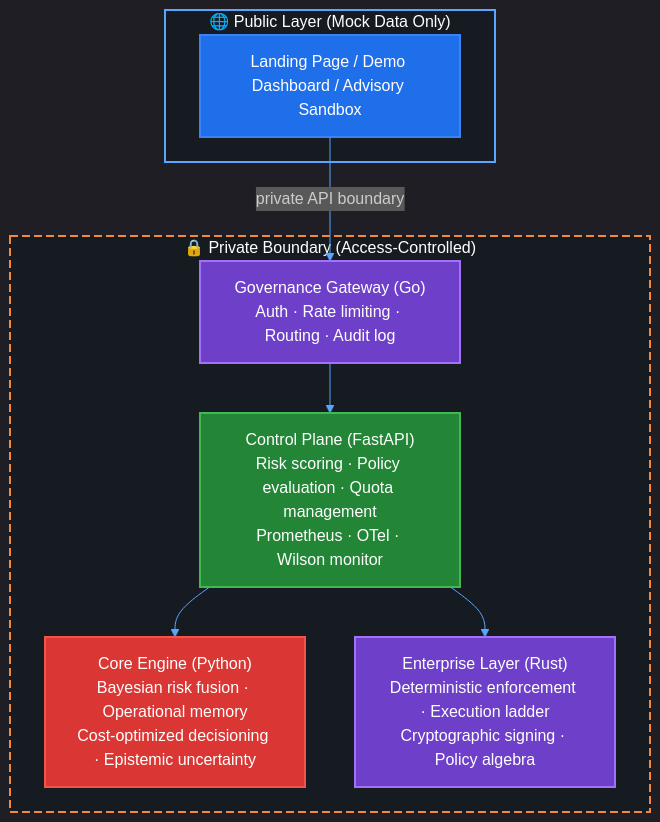
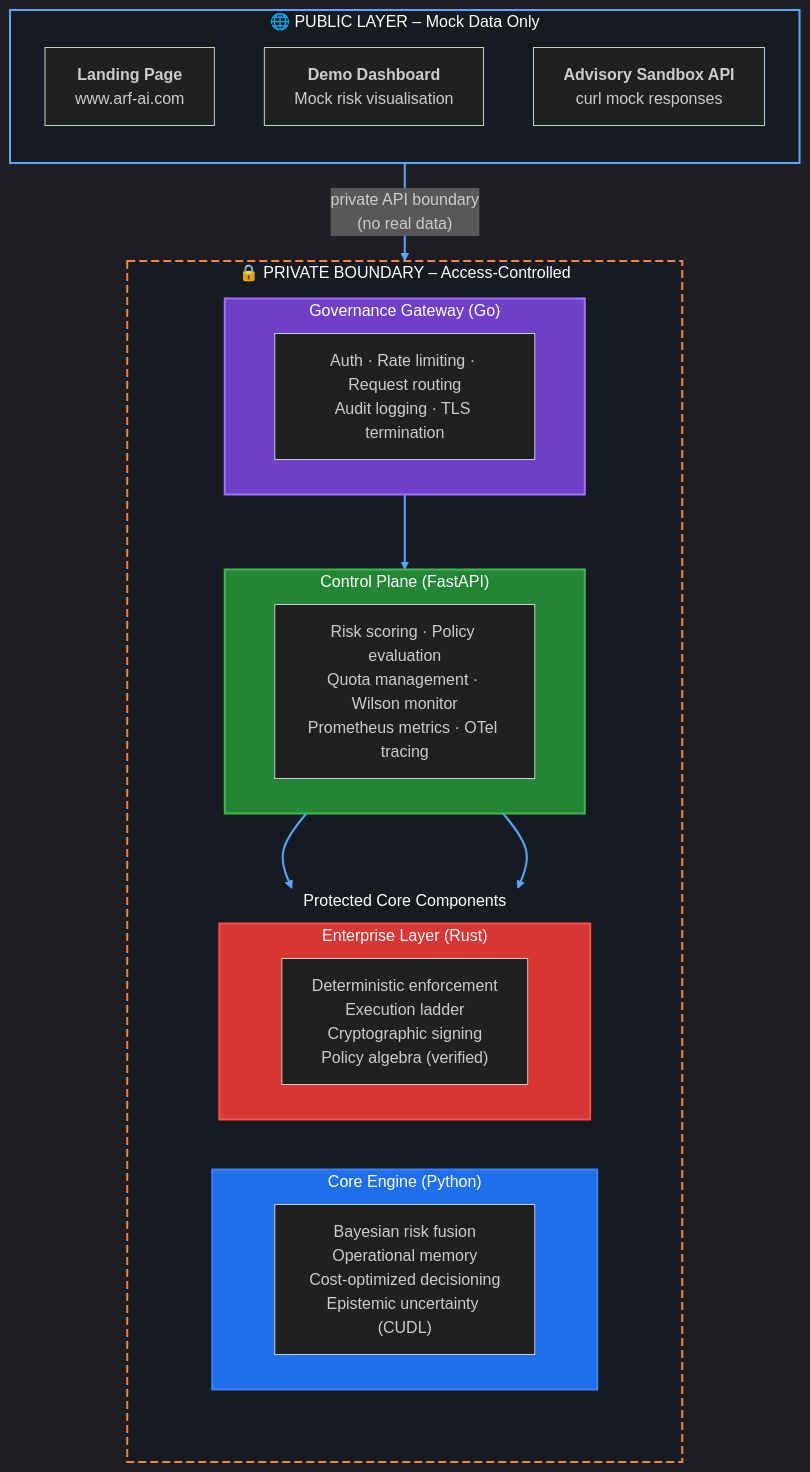
Before and after one commit to arf-foundation/.github: the diagram in profile/README.md, drawn with Mermaid.

Commit message:
Update mermaid diagram for public and private layers

````diff
--- a/profile/README.md
+++ b/profile/README.md
@@ -58,27 +58,57 @@
 ```mermaid
-%%{init: {'theme': 'dark', 'themeVariables': { 'background': '#0d1117', 'primaryColor': '#1f6feb', 'primaryTextColor': '#ffffff', 'primaryBorderColor': '#3b82f6', 'lineColor': '#58a6ff', 'secondaryColor': '#238636', 'tertiaryColor': '#6e40c9'}}}%%
-flowchart TD
-    subgraph Public["🌐 Public Layer (Mock Data Only)"]
-        A["Landing Page / Demo Dashboard / Advisory Sandbox"]
+%%{init: {'theme': 'dark', 'themeVariables': {
+  'background': '#0d1117',
+  'primaryColor': '#1f6feb',
+  'primaryTextColor': '#ffffff',
+  'primaryBorderColor': '#3b82f6',
+  'lineColor': '#58a6ff',
+  'secondaryColor': '#238636',
+  'tertiaryColor': '#6e40c9',
+  'clusterBkg': '#161b22',
+  'clusterBorder': '#f0883e',
+  'titleColor': '#ffffff'
+}}}%%
+flowchart TB
+    subgraph Public["🌐 PUBLIC LAYER – Mock Data Only"]
+        direction TB
+        A["<b>Landing Page</b><br/>www.arf-ai.com"]
+        B["<b>Demo Dashboard</b><br/>Mock risk visualisation"]
+        C["<b>Advisory Sandbox API</b><br/>curl mock responses"]
     end
 
-    subgraph Private["🔒 Private Boundary (Access‑Controlled)"]
-        B["Governance Gateway (Go)<br/>Auth · Rate limiting · Routing · Audit log"]
-        C["Control Plane (FastAPI)<br/>Risk scoring · Policy evaluation · Quota management<br/>Prometheus · OTel · Wilson monitor"]
-        D["Core Engine (Python)<br/>Bayesian risk fusion · Operational memory<br/>Cost‑optimized decisioning · Epistemic uncertainty"]
-        E["Enterprise Layer (Rust)<br/>Deterministic enforcement · Execution ladder<br/>Cryptographic signing · Policy algebra"]
+    subgraph Boundary["🔒 PRIVATE BOUNDARY – Access‑Controlled"]
+        direction TB
+        subgraph Gateway["Governance Gateway (Go)"]
+            G["Auth · Rate limiting · Request routing<br/>Audit logging · TLS termination"]
+        end
+        subgraph ControlPlane["Control Plane (FastAPI)"]
+            CP["Risk scoring · Policy evaluation<br/>Quota management · Wilson monitor<br/>Prometheus metrics · OTel tracing"]
+        end
+        subgraph Engine["Protected Core Components"]
+            direction LR
+            subgraph Core["Core Engine (Python)"]
+                CE["Bayesian risk fusion<br/>Operational memory<br/>Cost‑optimized decisioning<br/>Epistemic uncertainty (CUDL)"]
+            end
+            subgraph Enterprise["Enterprise Layer (Rust)"]
+                EL["Deterministic enforcement<br/>Execution ladder<br/>Cryptographic signing<br/>Policy algebra (verified)"]
+            end
+        end
     end
 
-    A -- "private API boundary" --> B
-    B --> C
-    C --> D
-    C --> E
+    Public -->|"private API boundary<br/>(no real data)"| Gateway
+    Gateway --> ControlPlane
+    ControlPlane --> Core
+    ControlPlane --> Enterprise
 
+    %% Styling
     style Public fill:#161b22,stroke:#58a6ff,stroke-width:2px,color:#ffffff
-    style Private fill:#161b22,stroke:#f0883e,stroke-width:2px,stroke-dasharray: 8 4,color:#ffffff
-    style A fill:#1f6feb,stroke:#3b82f6,stroke-width:2px,color:#ffffff
-    style B fill:#6e40c9,stroke:#a371f7,stroke-width:2px,color:#ffffff
-    style C fill:#238636,stroke:#3fb950,stroke-width:2px,color:#ffffff
-    style D fill:#da3633,stroke:#f85149,stroke-width:2px,color:#ffffff
-    style E fill:#6e40c9,stroke:#a371f7,stroke-width:2px,color:#ffffff
+    style Boundary fill:#161b22,stroke:#f0883e,stroke-width:2px,stroke-dasharray: 8 4
+    style Gateway fill:#6e40c9,stroke:#a371f7,stroke-width:2px,color:#ffffff
+    style ControlPlane fill:#238636,stroke:#3fb950,stroke-width:2px,color:#ffffff
+    style Core fill:#1f6feb,stroke:#3b82f6,stroke-width:2px,color:#ffffff
+    style Enterprise fill:#da3633,stroke:#f85149,stroke-width:2px,color:#ffffff
+    style Engine fill:none,stroke:none
+
+    %% Link styling
+    linkStyle default stroke:#58a6ff,stroke-width:2px
 ```
````
